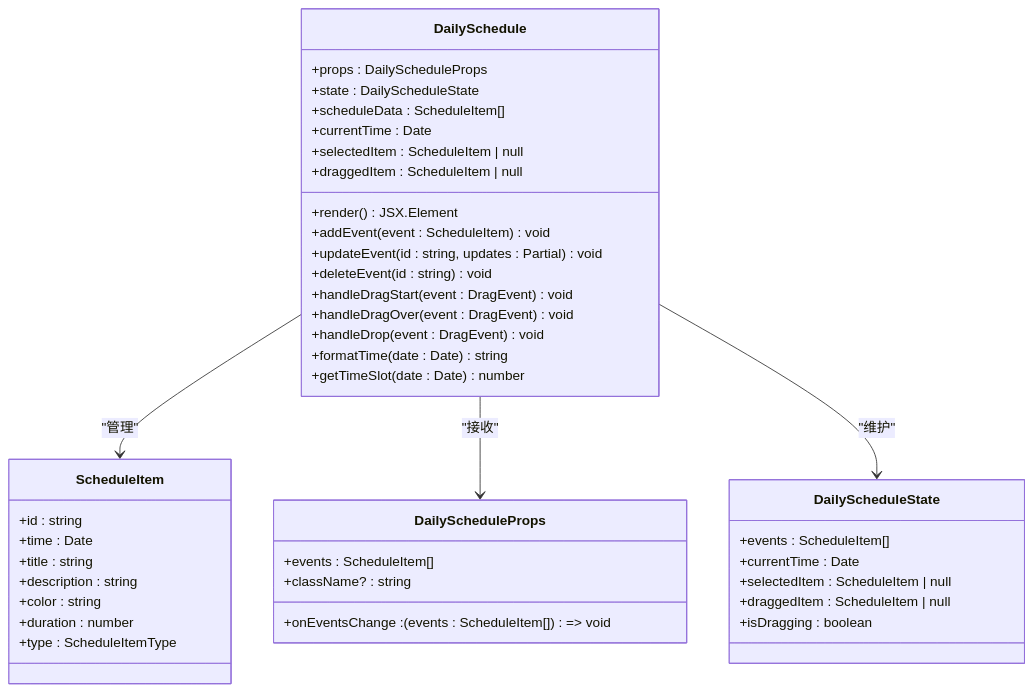
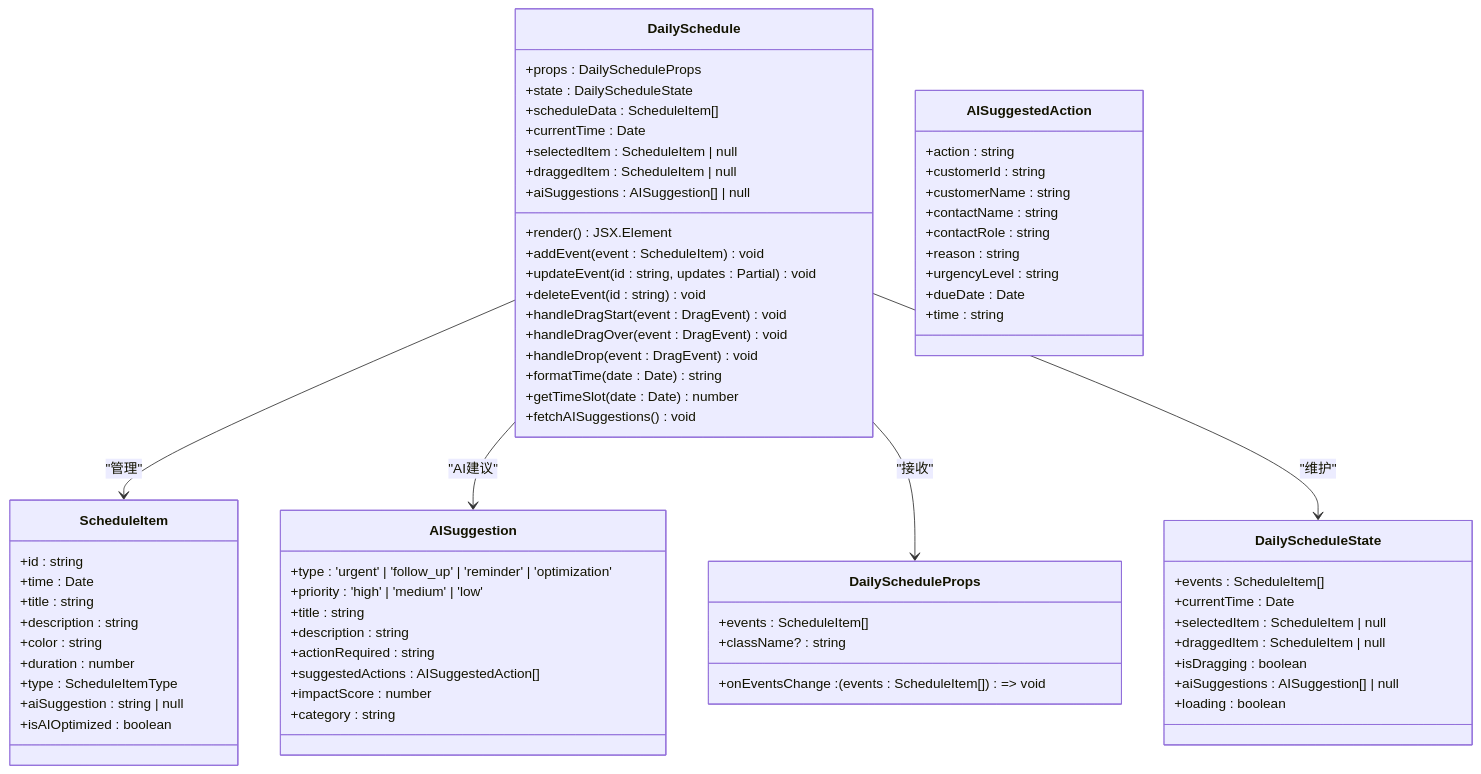
One commit to xianjianshenqu/SalesFlow-CRM changed the second of 12 diagrams in .qoder/repowiki/zh/content/API参考/DailySchedule 日程管理组件.md. Above: the diagram before and after it, drawn with Mermaid. The commit also changed other lines of this file and 15 other files, not shown here.

````diff
--- a/.qoder/repowiki/zh/content/API参考/DailySchedule 日程管理组件.md
+++ b/.qoder/repowiki/zh/content/API参考/DailySchedule 日程管理组件.md
@@ -106,44 +135,72 @@
 ```mermaid
 classDiagram
 class DailySchedule {
 +props : DailyScheduleProps
 +state : DailyScheduleState
 +scheduleData : ScheduleItem[]
 +currentTime : Date
 +selectedItem : ScheduleItem | null
 +draggedItem : ScheduleItem | null
++aiSuggestions : AISuggestion[] | null
 +render() JSX.Element
 +addEvent(event : ScheduleItem) void
 +updateEvent(id : string, updates : Partial<ScheduleItem>) void
 +deleteEvent(id : string) void
 +handleDragStart(event : DragEvent) void
 +handleDragOver(event : DragEvent) void
 +handleDrop(event : DragEvent) void
 +formatTime(date : Date) string
 +getTimeSlot(date : Date) number
++fetchAISuggestions() void
 }
 class ScheduleItem {
 +id : string
 +time : Date
 +title : string
 +description : string
 +color : string
 +duration : number
 +type : ScheduleItemType
++aiSuggestion : string | null
++isAIOptimized : boolean
+}
+class AISuggestion {
++type : 'urgent' | 'follow_up' | 'reminder' | 'optimization'
++priority : 'high' | 'medium' | 'low'
++title : string
++description : string
++actionRequired : string
++suggestedActions : AISuggestedAction[]
++impactScore : number
++category : string
+}
+class AISuggestedAction {
++action : string
++customerId : string
++customerName : string
++contactName : string
++contactRole : string
++reason : string
++urgencyLevel : string
++dueDate : Date
++time : string
 }
 class DailyScheduleProps {
 +events : ScheduleItem[]
 +onEventsChange : (events : ScheduleItem[]) => void
 +className? : string
 }
 class DailyScheduleState {
 +events : ScheduleItem[]
 +currentTime : Date
 +selectedItem : ScheduleItem | null
 +draggedItem : ScheduleItem | null
 +isDragging : boolean
++aiSuggestions : AISuggestion[] | null
++loading : boolean
 }
 DailySchedule --> ScheduleItem : "管理"
+DailySchedule --> AISuggestion : "AI建议"
 DailySchedule --> DailyScheduleProps : "接收"
 DailySchedule --> DailyScheduleState : "维护"
 ```
````
